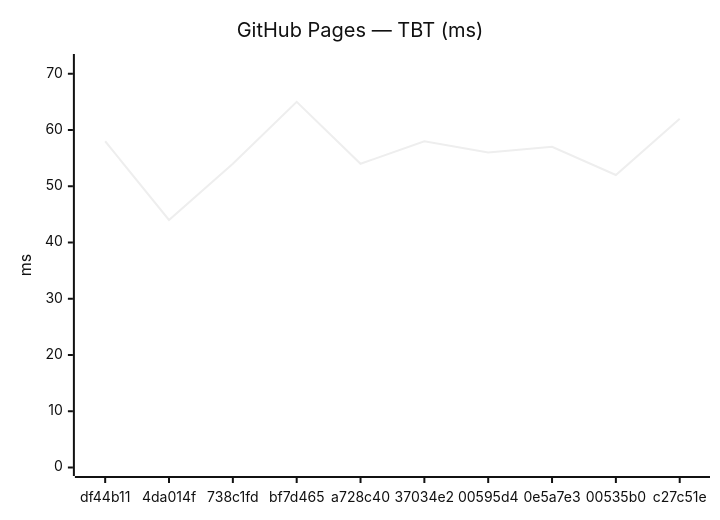
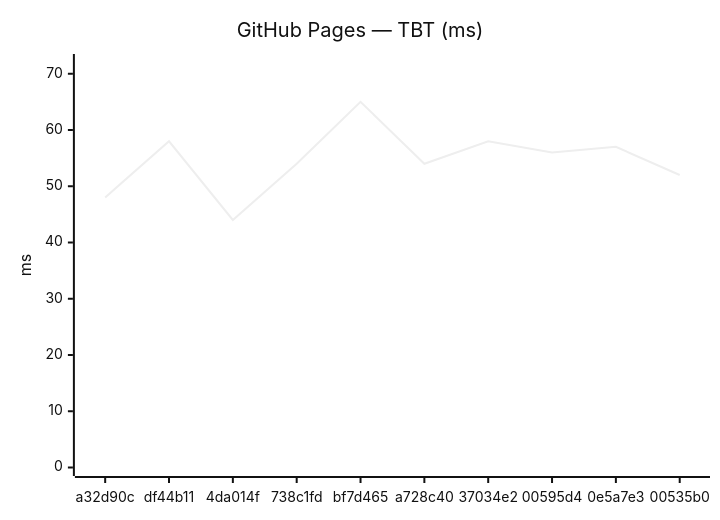
The fourth of 24 diagrams in benchmarks/compare.md (Metaheurist/Rianell), drawn with Mermaid (neutral theme) before and after one commit. The commit also changed other lines of this file and 12 other files, not shown here.

````diff
--- a/benchmarks/compare.md
+++ b/benchmarks/compare.md
@@ -61,7 +61,7 @@
 ```mermaid
 xychart-beta
     title "GitHub Pages — TBT (ms)"
-    x-axis ["df44b11", "4da014f", "738c1fd", "bf7d465", "a728c40", "37034e2", "00595d4", "0e5a7e3", "00535b0", "c27c51e"]
+    x-axis ["a32d90c", "df44b11", "4da014f", "738c1fd", "bf7d465", "a728c40", "37034e2", "00595d4", "0e5a7e3", "00535b0"]
     y-axis "ms" 0 --> 72
-    line [58, 44, 54, 65, 54, 58, 56, 57, 52, 62]
+    line [48, 58, 44, 54, 65, 54, 58, 56, 57, 52]
 ```
````
